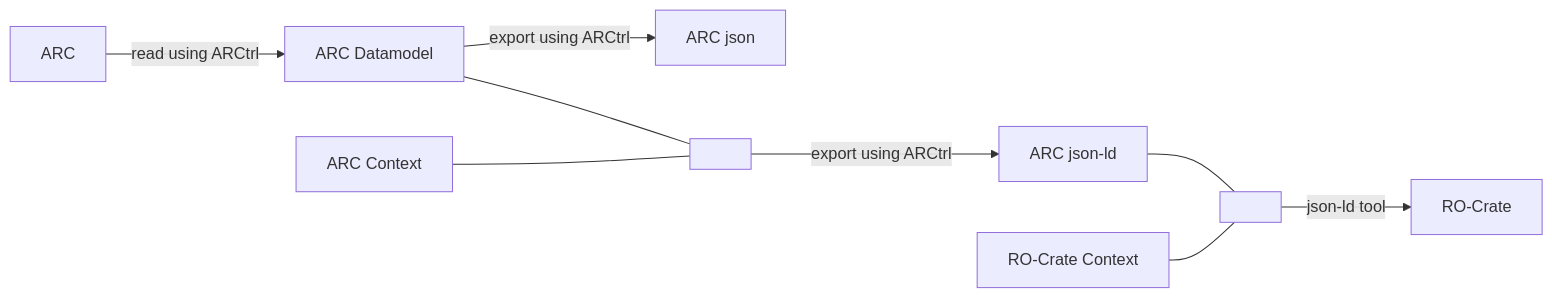
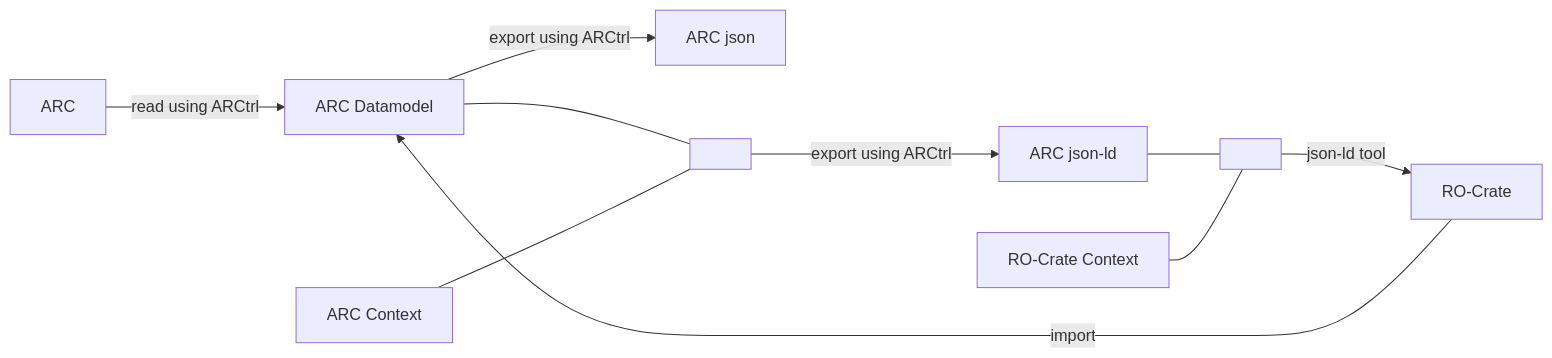
The diagram in README.md (nfdi4plants/arc-to-rocrate), drawn with Mermaid before and after one commit. The commit also changed other lines of this file, not shown here.

Commit message:
Add ro-crate arc reversibility constraint to README.md

````diff
--- a/README.md
+++ b/README.md
@@ -9,22 +9,24 @@
 ```mermaid
 flowchart LR
 
 arc["ARC"]
 data["ARC Datamodel"]
 json["ARC json"]
 jsonld["ARC json-ld"]
 roc["RO-Crate"]
 
 arcContext["ARC Context"]
 rocContext["RO-Crate Context"]
 
 arc --read using ARCtrl--> data
 data --export using ARCtrl--> json
 
 
 data & arcContext --- D[ ]:::empty --export using ARCtrl--> jsonld
 
 
 jsonld & rocContext --- E[ ]:::empty --json-ld tool--> roc
 
+roc --import--> data
+
 ```
````
